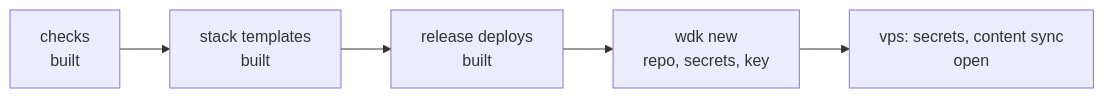
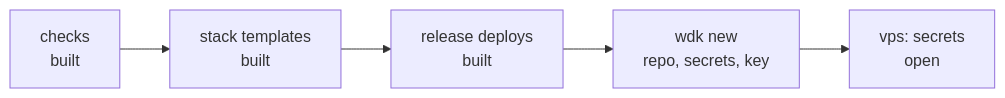
One commit to mstcgalis/web-checks changed the diagram in docs/roadmap.md. Above: the diagram before and after it, drawn with Mermaid. The commit also changed other lines of this file and 6 other files, not shown here.

````diff
--- a/docs/roadmap.md
+++ b/docs/roadmap.md
@@ -8,5 +8,5 @@
 ```mermaid
 flowchart LR
   checks["checks<br/>built"] --> stacks["stack templates<br/>built"] --> deploy["release deploys<br/>built"]
-  deploy --> new["wdk new<br/>repo, secrets, key"] --> vps["vps: secrets, content sync<br/>open"]
+  deploy --> new["wdk new<br/>repo, secrets, key"] --> vps["vps: secrets<br/>open"]
 ```
````
